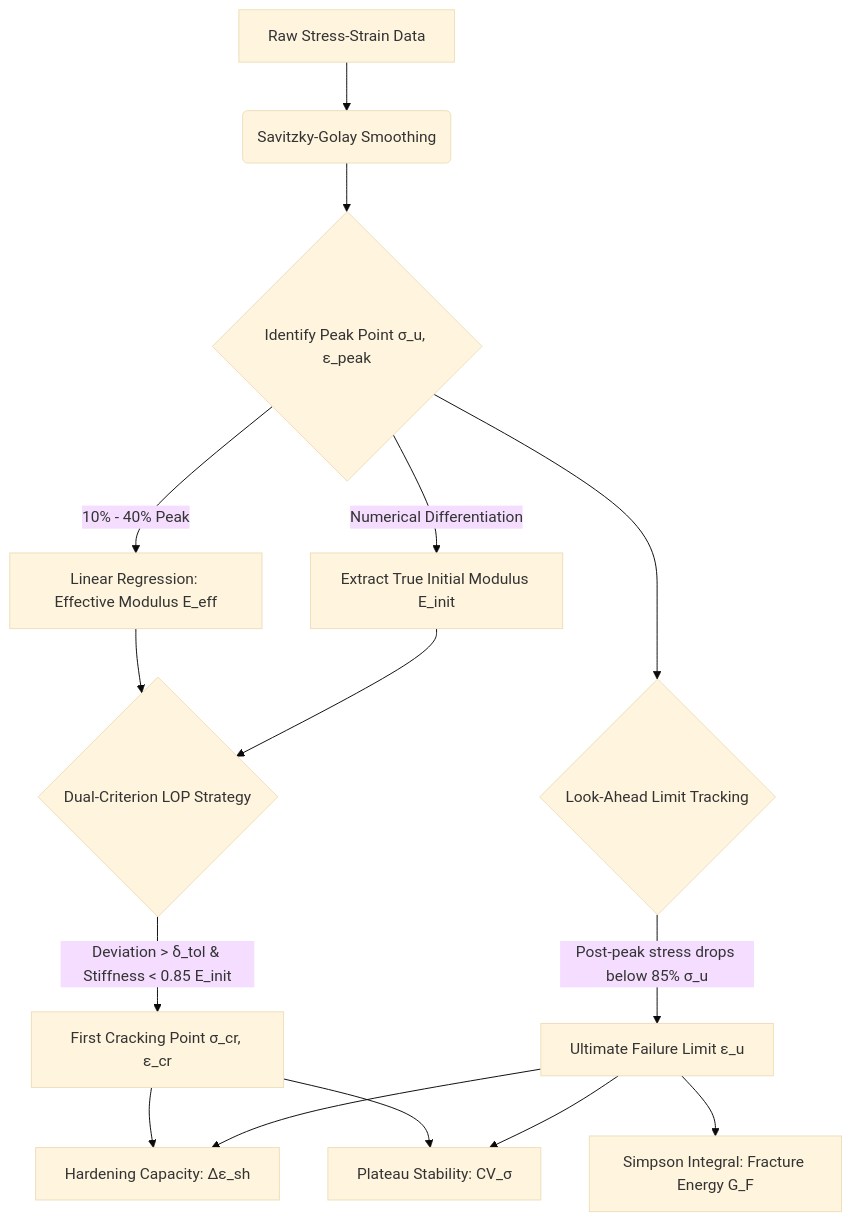
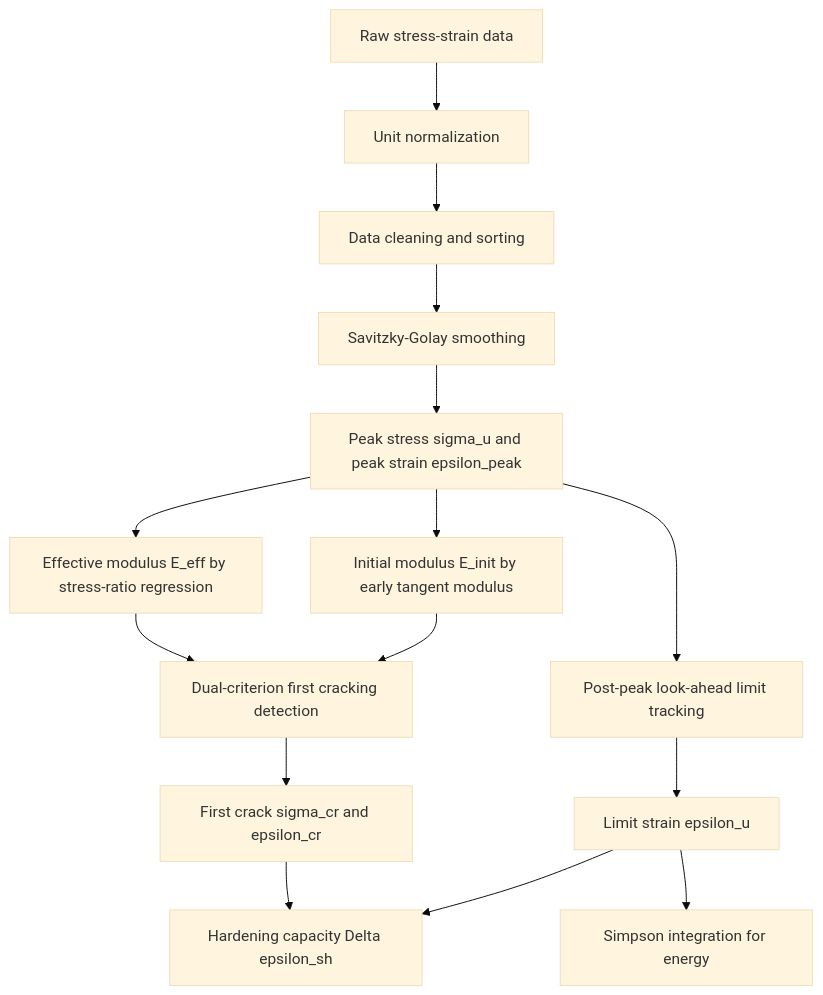
One commit to liqinglq666/ECC_Analyzer_Pro changed the second of 2 diagrams in README.md. Above: the diagram before and after it, drawn with Mermaid (base theme). The commit also changed other lines of this file, not shown here.

````diff
--- a/README.md
+++ b/README.md
@@ -48,23 +133,17 @@
 ```mermaid
 graph TD
-    A[Raw Stress-Strain Data] --> B(Savitzky-Golay Smoothing)
-    B --> C{Identify Peak Point σ_u, ε_peak}
-    
-    C -->|10% - 40% Peak| D[Linear Regression: Effective Modulus E_eff]
-    C -->|Numerical Differentiation| E[Extract True Initial Modulus E_init]
-    
-    D --> F{Dual-Criterion LOP Strategy}
-    E --> F
-    F -->|Deviation > δ_tol & Stiffness < 0.85 E_init| G[First Cracking Point σ_cr, ε_cr]
-    
-    C --> H{Look-Ahead Limit Tracking}
-    H -->|Post-peak stress drops below 85% σ_u| I[Ultimate Failure Limit ε_u]
-    
-    G --> J[Hardening Capacity: Δε_sh]
-    I --> J
-    
-    I --> K[Simpson Integral: Fracture Energy G_F]
-    
-    G --> L[Plateau Stability: CV_σ]
-    I --> L
+    A[Raw stress-strain data] --> B[Unit normalization]
+    B --> C[Data cleaning and sorting]
+    C --> D[Savitzky-Golay smoothing]
+    D --> E[Peak stress sigma_u and peak strain epsilon_peak]
+    E --> F[Effective modulus E_eff by stress-ratio regression]
+    E --> G[Initial modulus E_init by early tangent modulus]
+    F --> H[Dual-criterion first cracking detection]
+    G --> H
+    H --> I[First crack sigma_cr and epsilon_cr]
+    E --> J[Post-peak look-ahead limit tracking]
+    J --> K[Limit strain epsilon_u]
+    I --> L[Hardening capacity Delta epsilon_sh]
+    K --> L
+    K --> M[Simpson integration for energy]
 ```
````
